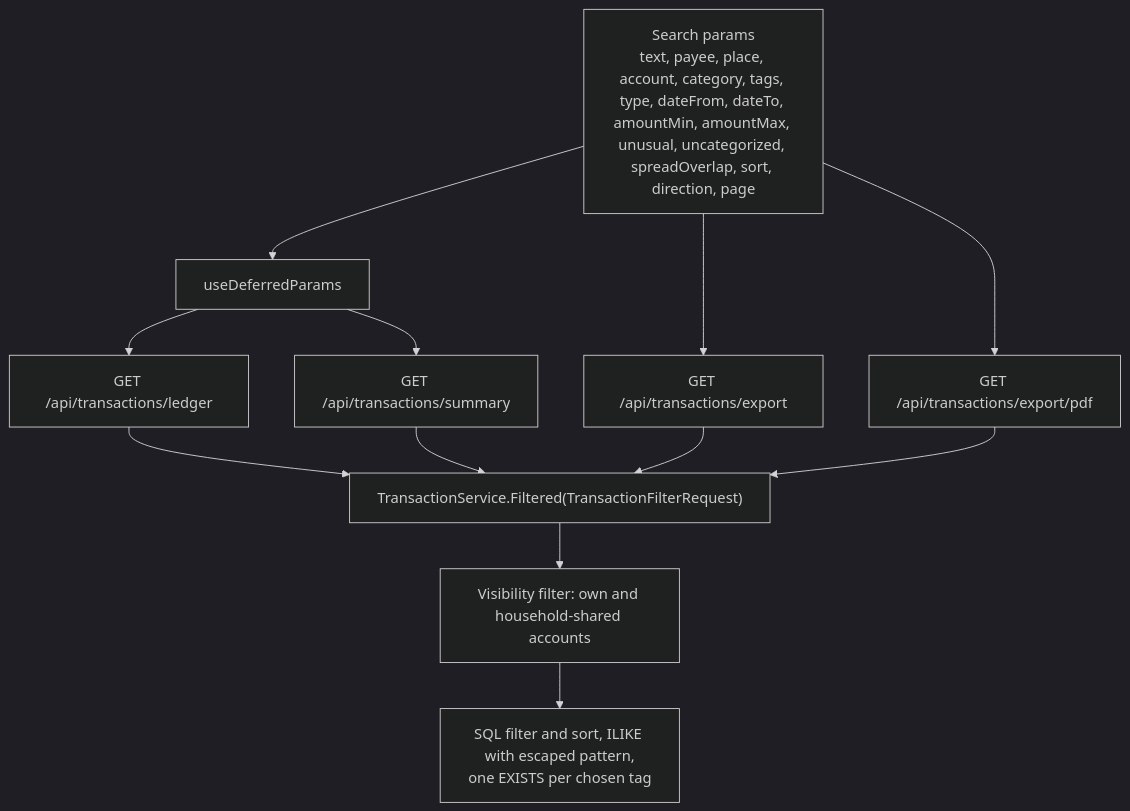
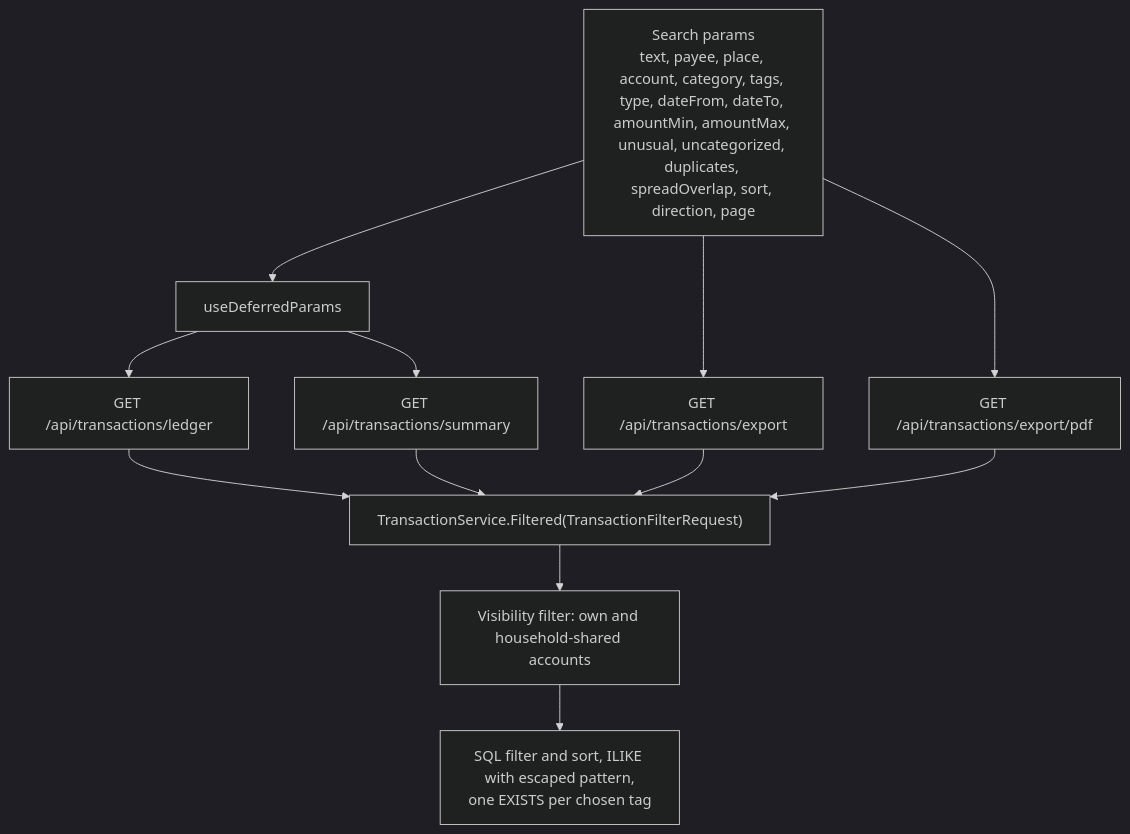
One commit to Justxs/Jx-Finance changed the first of 5 diagrams in docs/features/transactions.md. Above: the diagram before and after it, drawn with Mermaid (dark theme). The commit also changed other lines of this file and 66 other files, not shown here.

````diff
--- a/docs/features/transactions.md
+++ b/docs/features/transactions.md
@@ -7,14 +7,14 @@
 ```mermaid
 flowchart TD
-    Url["Search params<br/>text, payee, place, account, category, tags, type, dateFrom, dateTo, amountMin, amountMax, unusual, uncategorized, spreadOverlap, sort, direction, page"] --> Defer["useDeferredParams"]
+    Url["Search params<br/>text, payee, place, account, category, tags, type, dateFrom, dateTo, amountMin, amountMax, unusual, uncategorized, duplicates, spreadOverlap, sort, direction, page"] --> Defer["useDeferredParams"]
     Defer --> List["GET /api/transactions/ledger"]
     Defer --> Summary["GET /api/transactions/summary"]
     Url --> Csv["GET /api/transactions/export"]
     Url --> Pdf["GET /api/transactions/export/pdf"]
     List --> F["TransactionService.Filtered(TransactionFilterRequest)"]
     Summary --> F
     Csv --> F
     Pdf --> F
     F --> Vis["Visibility filter: own and household-shared accounts"]
     Vis --> Sql["SQL filter and sort, ILIKE with escaped pattern,<br/>one EXISTS per chosen tag"]
 ```
````
